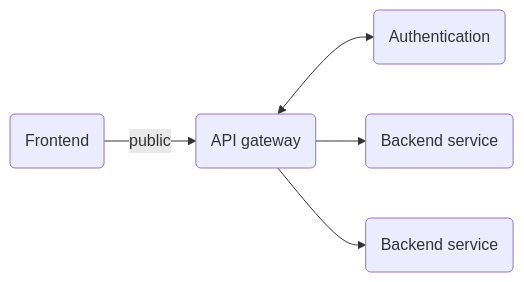
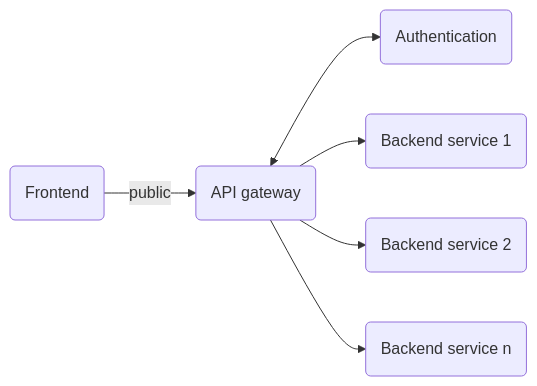
The first of 2 diagrams in README.md (odoflah/project-snack), drawn with Mermaid before and after one commit. The commit also changed other lines of this file and 2 other files, not shown here.

Commit message:
fixed frontend node modules overwrite

````diff
--- a/README.md
+++ b/README.md
@@ -9,7 +9,8 @@
 ```mermaid
 flowchart LR
     A(Frontend) -->|public| B(API gateway)
     B <--> C(Authentication)
-    B --> D(Backend service)
-    B --> E(Backend service)
+    B --> D(Backend service 1)
+    B --> E(Backend service 2)
+    B --> F(Backend service n)
 ```
````
